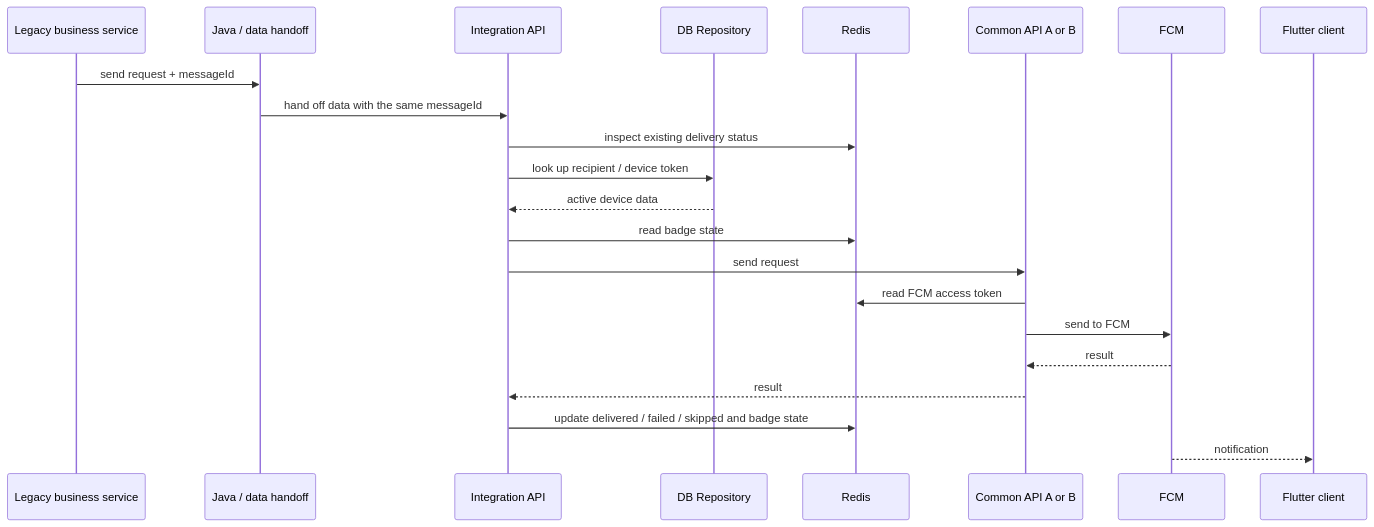
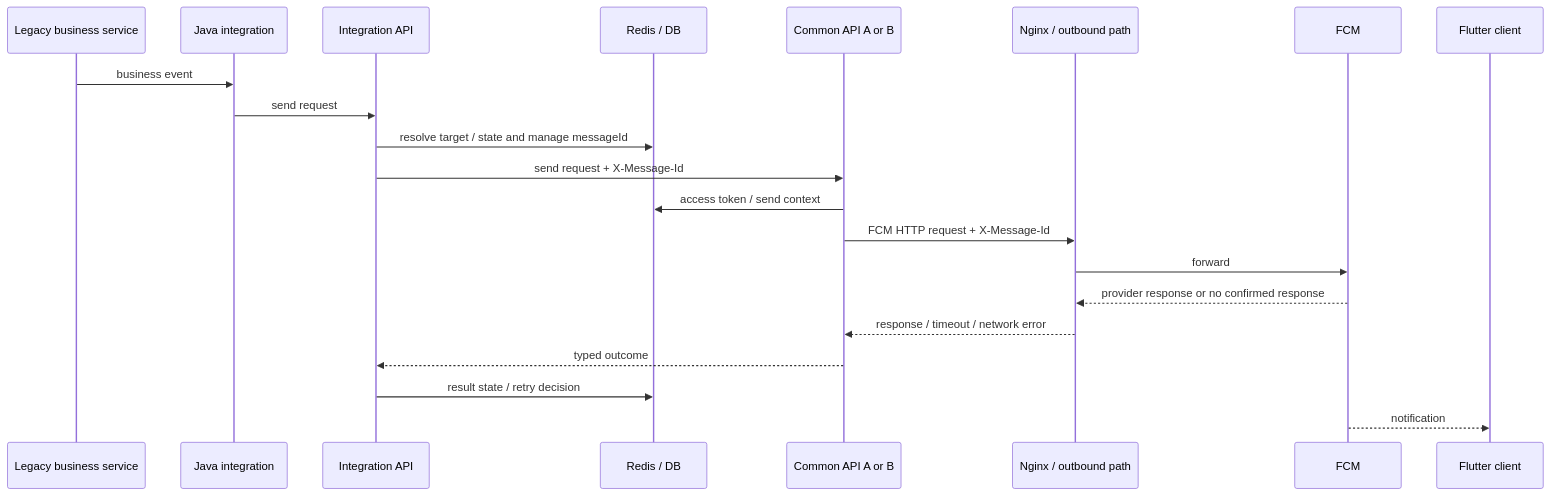
Before and after one commit to clsung7911/reliable-messaging-platform: the diagram in docs/en/03-message-flow.md, drawn with Mermaid. The commit also changed other lines of this file and 38 other files, not shown here.

````diff
--- a/docs/en/03-message-flow.md
+++ b/docs/en/03-message-flow.md
@@ -5,25 +5,24 @@
 ```mermaid
 sequenceDiagram
     participant L as Legacy business service
-    participant J as Java / data handoff
+    participant J as Java integration
     participant M as Integration API
-    participant DB as DB Repository
-    participant R as Redis
+    participant R as Redis / DB
     participant C as Common API A or B
+    participant N as Nginx / outbound path
     participant F as FCM
     participant D as Flutter client
 
-    L->>J: send request + messageId
-    J->>M: hand off data with the same messageId
-    M->>R: inspect existing delivery status
-    M->>DB: look up recipient / device token
-    DB-->>M: active device data
-    M->>R: read badge state
-    M->>C: send request
-    C->>R: read FCM access token
-    C->>F: send to FCM
-    F-->>C: result
-    C-->>M: result
-    M->>R: update delivered / failed / skipped and badge state
+    L->>J: business event
+    J->>M: send request
+    M->>R: resolve target / state and manage messageId
+    M->>C: send request + X-Message-Id
+    C->>R: access token / send context
+    C->>N: FCM HTTP request + X-Message-Id
+    N->>F: forward
+    F-->>N: provider response or no confirmed response
+    N-->>C: response / timeout / network error
+    C-->>M: typed outcome
+    M->>R: result state / retry decision
     F-->>D: notification
 ```
````
